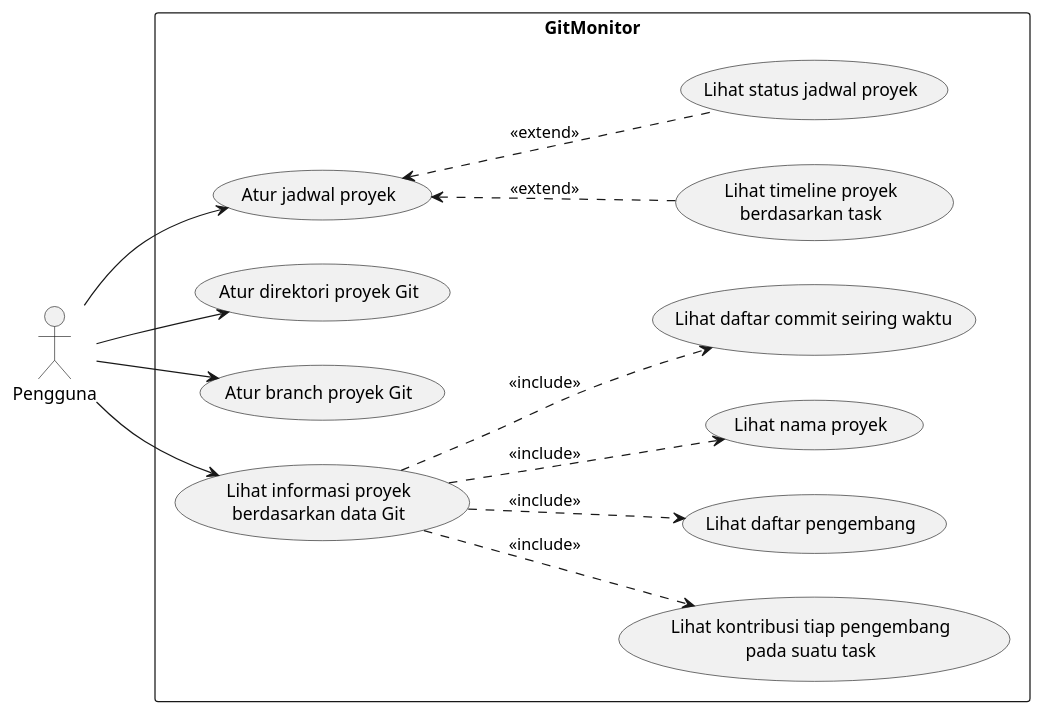
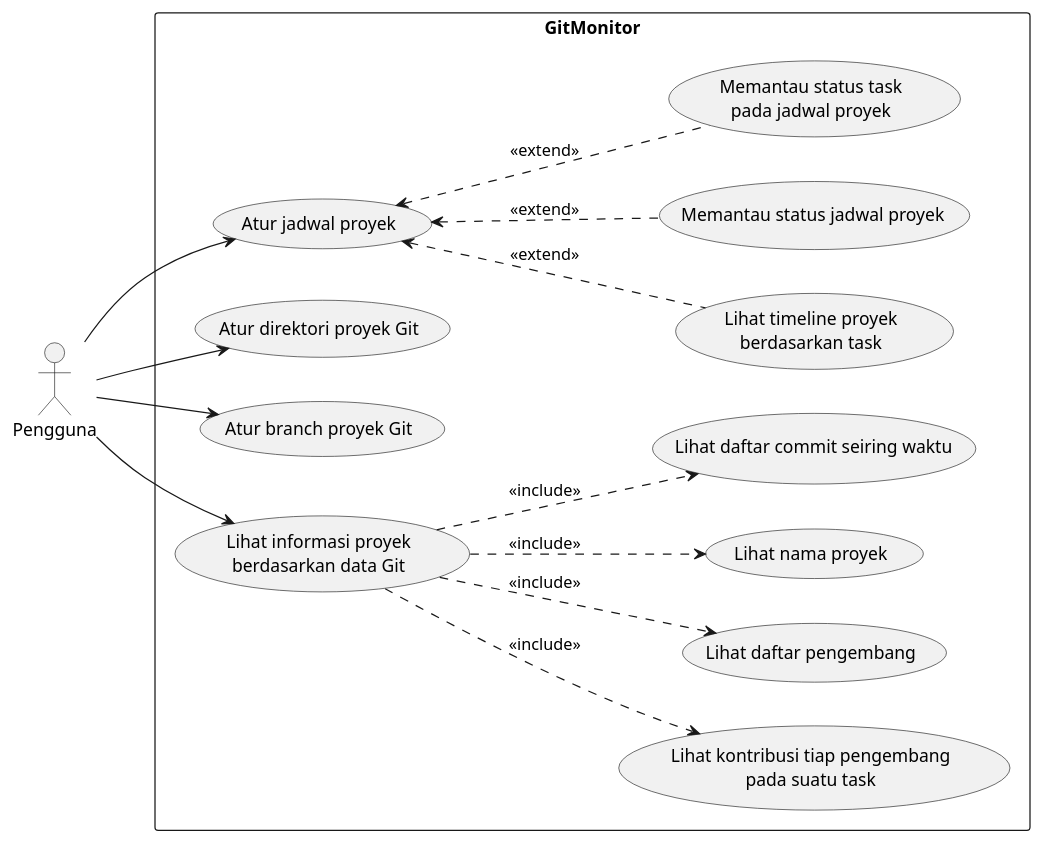
The diagram in docs/res/use_case.pu (imdar1/GitMonitor), drawn with PlantUML before and after one commit. The commit also changed 12 other files, not shown here.

```diff
--- a/docs/res/use_case.pu
+++ b/docs/res/use_case.pu
@@ -1,31 +1,33 @@
 @startuml use_case
 skinparam monochrome true
 left to right direction
 skinparam backgroundcolor transparent
 actor Pengguna as u
 rectangle "GitMonitor" {
     usecase "Atur direktori proyek Git" as uc1
     usecase "Atur branch proyek Git" as uc2
     usecase "Atur jadwal proyek" as uc3
     usecase "Lihat timeline proyek\nberdasarkan task" as uc4
-    usecase "Lihat status jadwal proyek" as uc5
+    usecase "Memantau status jadwal proyek" as uc5
     usecase "Lihat informasi proyek\nberdasarkan data Git" as uc6
     usecase "Lihat kontribusi tiap pengembang\npada suatu task" as uc7
     usecase "Lihat daftar pengembang" as uc8
     usecase "Lihat nama proyek" as uc9
     usecase "Lihat daftar commit seiring waktu" as uc10
+    usecase "Memantau status task\npada jadwal proyek" as uc11
 } 
 
 u --> uc1
 u --> uc2
 u -> uc3
 u --> uc6
 
 uc3 <.. uc4 : <<extend>>
 uc3 <.. uc5 : <<extend>>
+uc3 <.. uc11 : <<extend>>
 
 uc6 ..> uc7 : <<include>> 
 uc6 ..> uc8 : <<include>>
 uc6 ..> uc9 : <<include>>
 uc6 ..> uc10 : <<include>>
 @enduml
```
